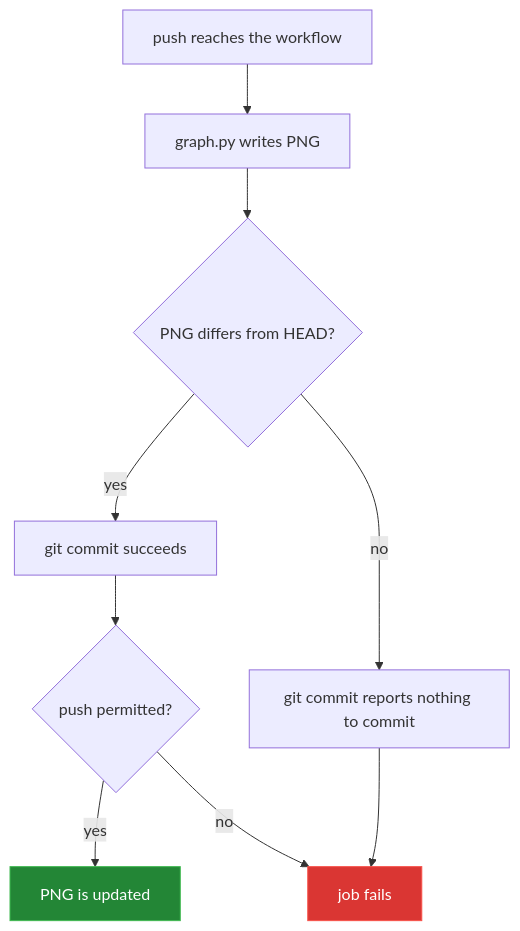
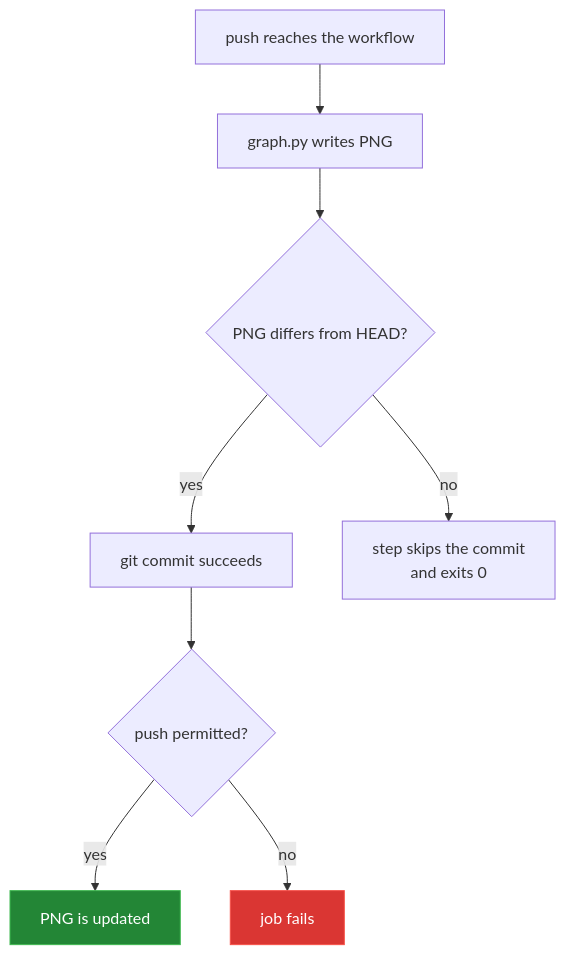
One commit to Bissbert/obsidian-graph-github-action changed the second of 2 diagrams in docs/action-reference.md. Above: the diagram before and after it, drawn with Mermaid. The commit also changed other lines of this file and 9 other files, not shown here.

````diff
--- a/docs/action-reference.md
+++ b/docs/action-reference.md
@@ -85,14 +85,13 @@
 ```mermaid
 flowchart TD
     A["push reaches the workflow"] --> B["graph.py writes PNG"]
     B --> C{"PNG differs from HEAD?"}
     C -- "yes" --> D["git commit succeeds"]
-    C -- "no" --> E["git commit reports nothing to commit"]
+    C -- "no" --> E["step skips the commit<br/>and exits 0"]
     D --> F{"push permitted?"}
     F -- "yes" --> G["PNG is updated"]
     F -- "no" --> H["job fails"]
-    E --> H
 
     style G fill:#238636,stroke:#3fb950,color:#fff
     style H fill:#da3633,stroke:#f85149,color:#fff
 ```
````
